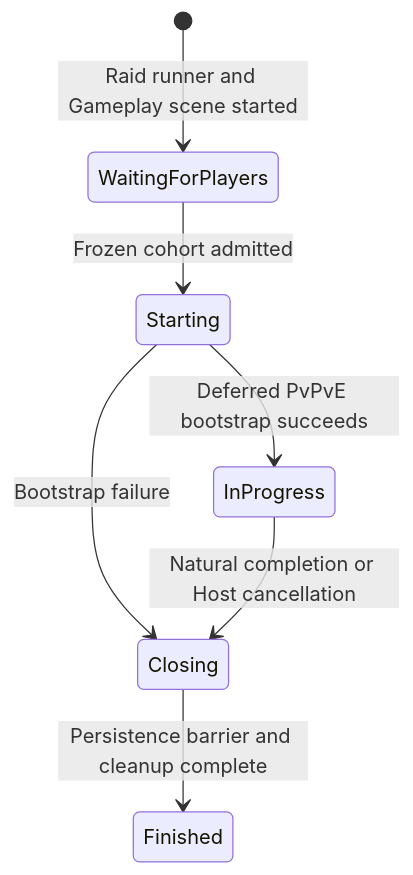
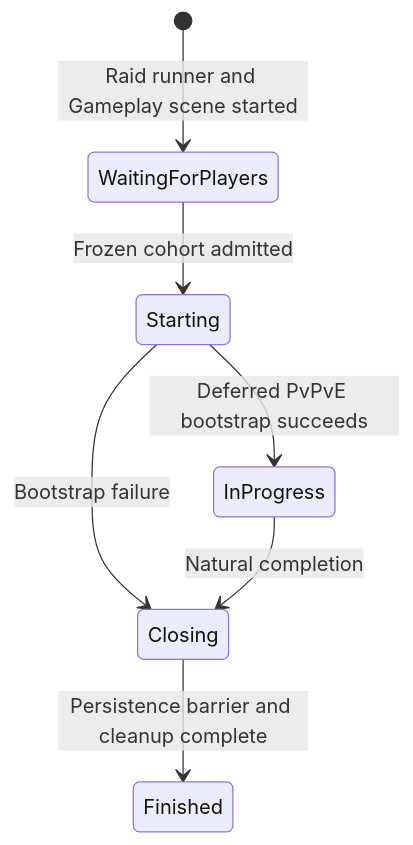
The diagram in Project Grimhold/Docs/Architecture/SessionLifecycleAndSpawning.md (Astro-Rift-Games/ProjectGrimhold), drawn with Mermaid before and after one commit. The commit also changed other lines of this file and 9 other files, not shown here.

First line of the commit message:
docs(network): align architecture with the Host handoff rule

````diff
--- a/Project Grimhold/Docs/Architecture/SessionLifecycleAndSpawning.md
+++ b/Project Grimhold/Docs/Architecture/SessionLifecycleAndSpawning.md
@@ -20,9 +20,9 @@
 ```mermaid
 stateDiagram-v2
     [*] --> WaitingForPlayers : Raid runner and Gameplay scene started
     WaitingForPlayers --> Starting : Frozen cohort admitted
     Starting --> InProgress : Deferred PvPvE bootstrap succeeds
     Starting --> Closing : Bootstrap failure
-    InProgress --> Closing : Natural completion or Host cancellation
+    InProgress --> Closing : Natural completion
     Closing --> Finished : Persistence barrier and cleanup complete
 ```
````
